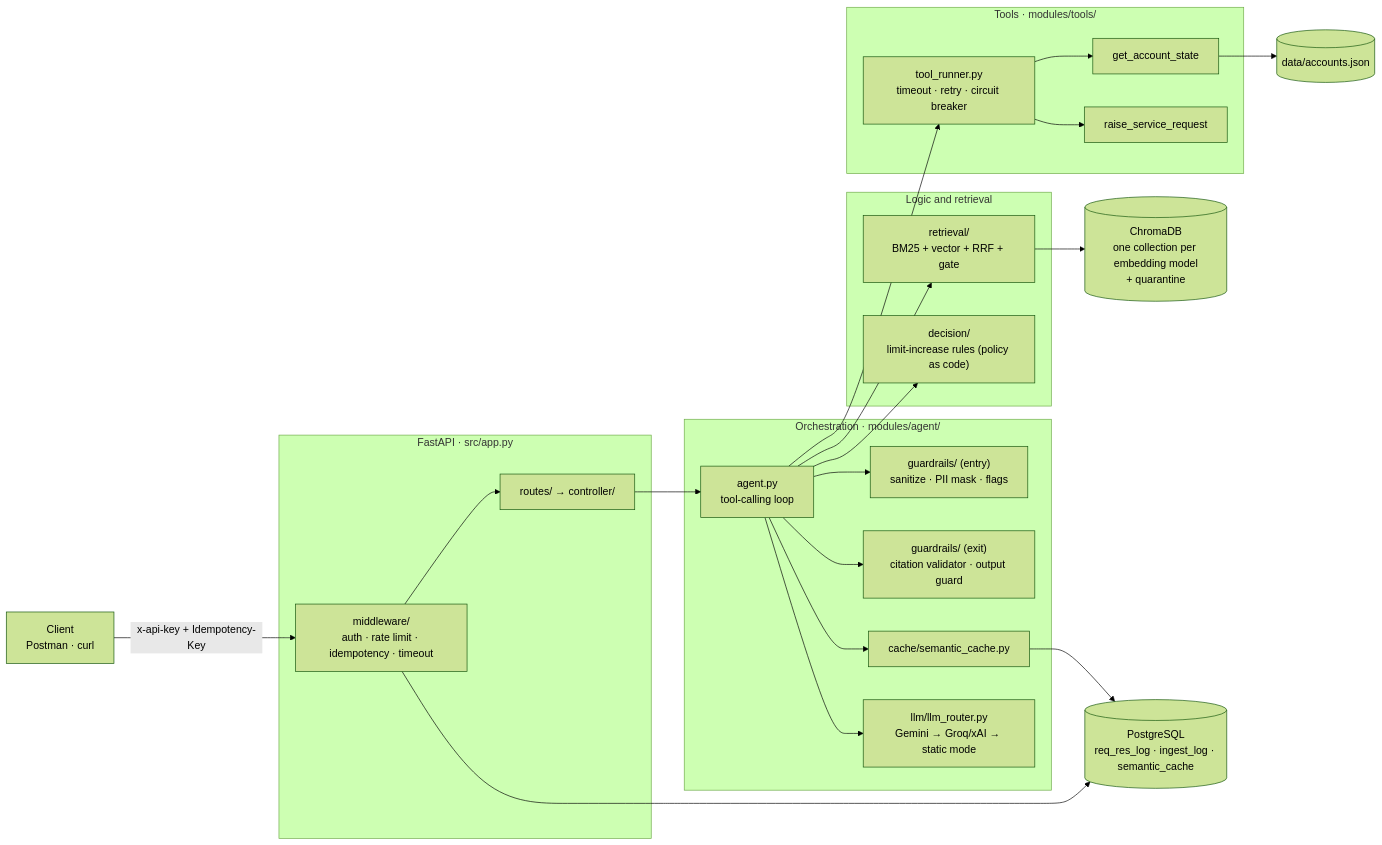
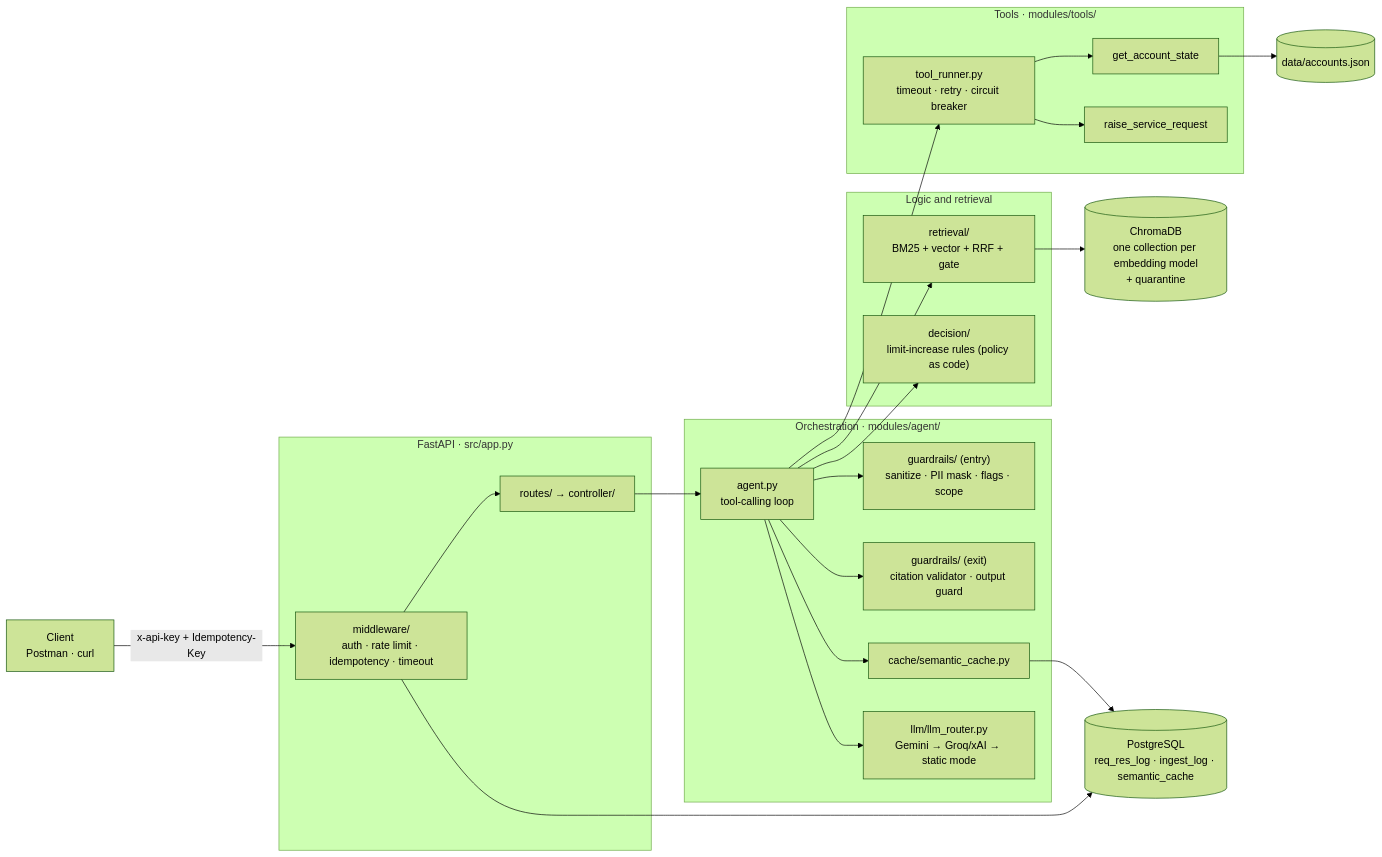
The diagram in README.md (annu8932091318/Grounded-Card-RAG), drawn with Mermaid (forest theme) before and after one commit. The commit also changed other lines of this file and 8 other files, not shown here.

Commit message:
scope gaurdrails addedand lld added to architecture

````diff
--- a/README.md
+++ b/README.md
@@ -63,32 +63,32 @@
 ```mermaid
 flowchart LR
     C["Client<br/>Postman · curl"] -->|"x-api-key + Idempotency-Key"| MW
     subgraph API["FastAPI · src/app.py"]
         MW["middleware/<br/>auth · rate limit · idempotency · timeout"] --> R["routes/ → controller/"]
     end
     R --> A
     subgraph ORCH["Orchestration · modules/agent/"]
-        A["agent.py<br/>tool-calling loop"] --> GI["guardrails/ (entry)<br/>sanitize · PII mask · flags"]
+        A["agent.py<br/>tool-calling loop"] --> GI["guardrails/ (entry)<br/>sanitize · PII mask · flags · scope"]
         A --> GO["guardrails/ (exit)<br/>citation validator · output guard"]
         A --> SC["cache/semantic_cache.py"]
         A --> LLM["llm/llm_router.py<br/>Gemini → Groq/xAI → static mode"]
     end
     subgraph LOGIC["Logic and retrieval"]
         RET["retrieval/<br/>BM25 + vector + RRF + gate"]
         DEC["decision/<br/>limit-increase rules (policy as code)"]
     end
     subgraph TOOLS["Tools · modules/tools/"]
         TR["tool_runner.py<br/>timeout · retry · circuit breaker"]
         T1["get_account_state"]
         T2["raise_service_request"]
     end
     A --> RET
     A --> DEC
     A --> TR
     TR --> T1
     TR --> T2
     RET --> CH[("ChromaDB<br/>one collection per embedding model<br/>+ quarantine")]
     T1 --> ACC[("data/accounts.json")]
     MW --> PG[("PostgreSQL<br/>req_res_log · ingest_log · semantic_cache")]
     SC --> PG
 ```
````
